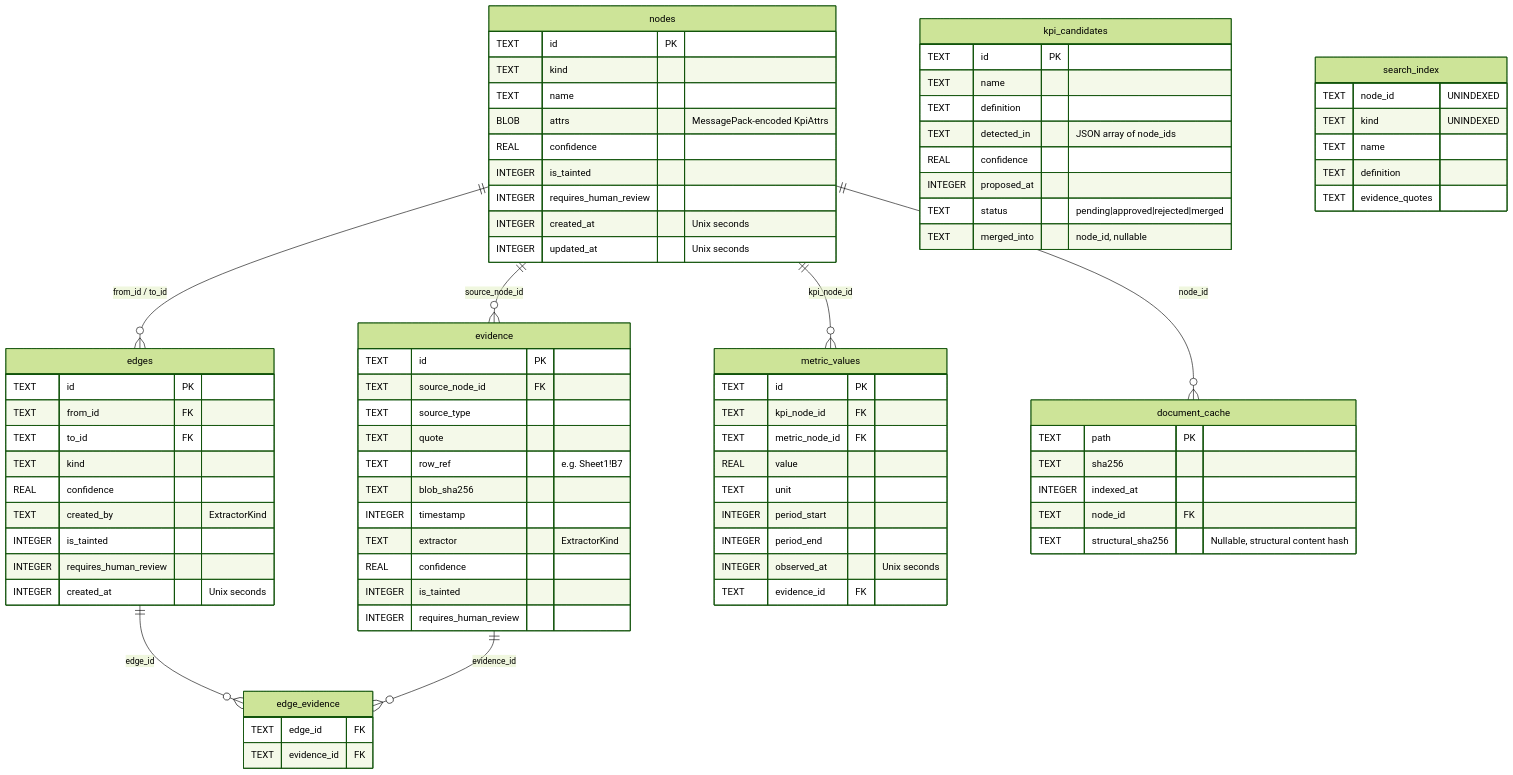
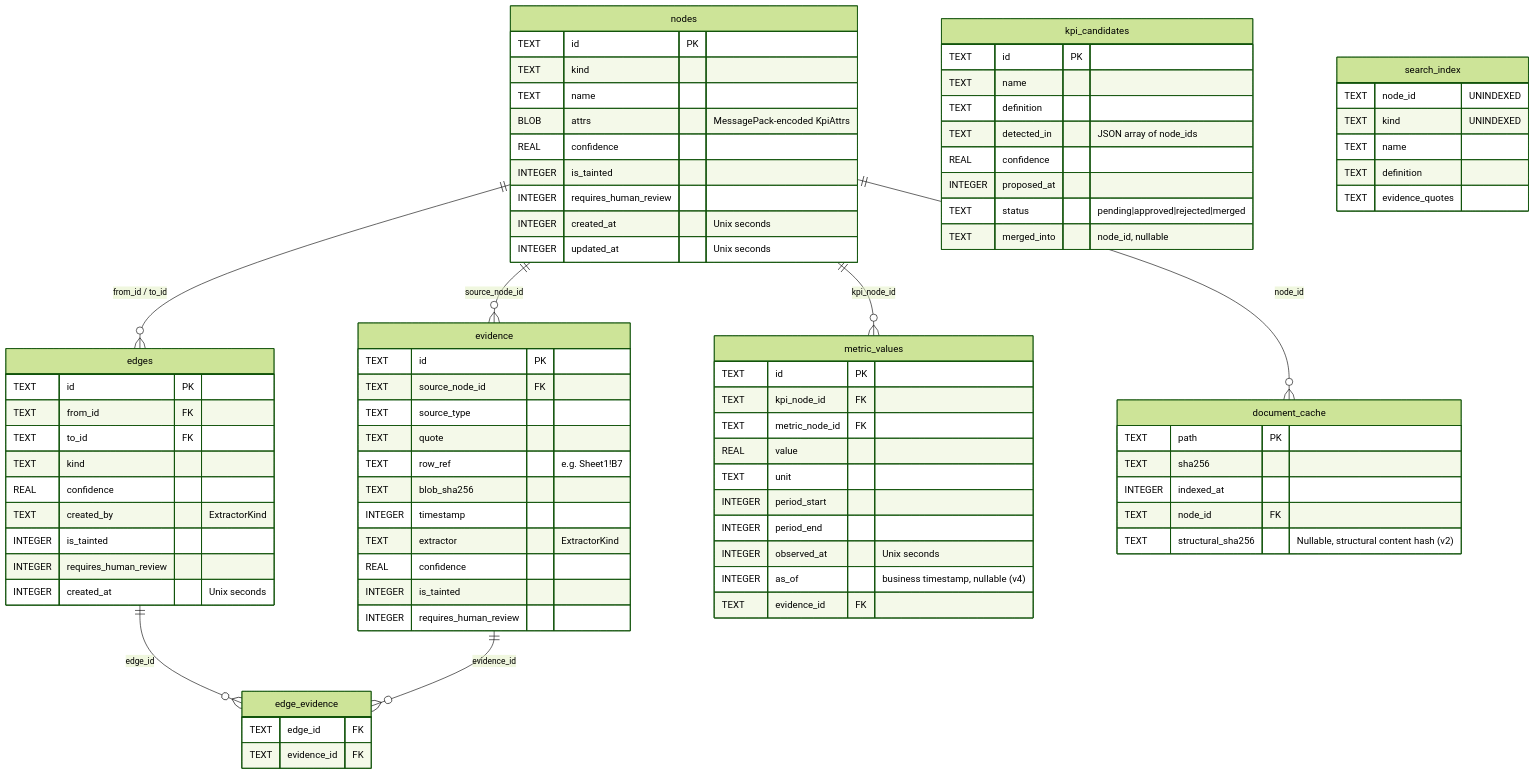
Before and after one commit to SeeyooHK/axonmind-open: the ninth of 9 diagrams in docs/architecture.md, drawn with Mermaid (forest theme). The commit also changed other lines of this file and 3 other files, not shown here.

Commit message:
[docs]update architecture

```diff
--- a/docs/architecture.md
+++ b/docs/architecture.md
@@ -411,6 +549,7 @@
         INTEGER period_start
         INTEGER period_end
         INTEGER observed_at "Unix seconds"
+        INTEGER as_of "business timestamp, nullable (v4)"
         TEXT evidence_id FK
     }
     kpi_candidates {
@@ -428,7 +567,7 @@
         TEXT sha256
         INTEGER indexed_at
         TEXT node_id FK
-        TEXT structural_sha256 "Nullable, structural content hash"
+        TEXT structural_sha256 "Nullable, structural content hash (v2)"
     }
     search_index {
         TEXT node_id "UNINDEXED"
```
